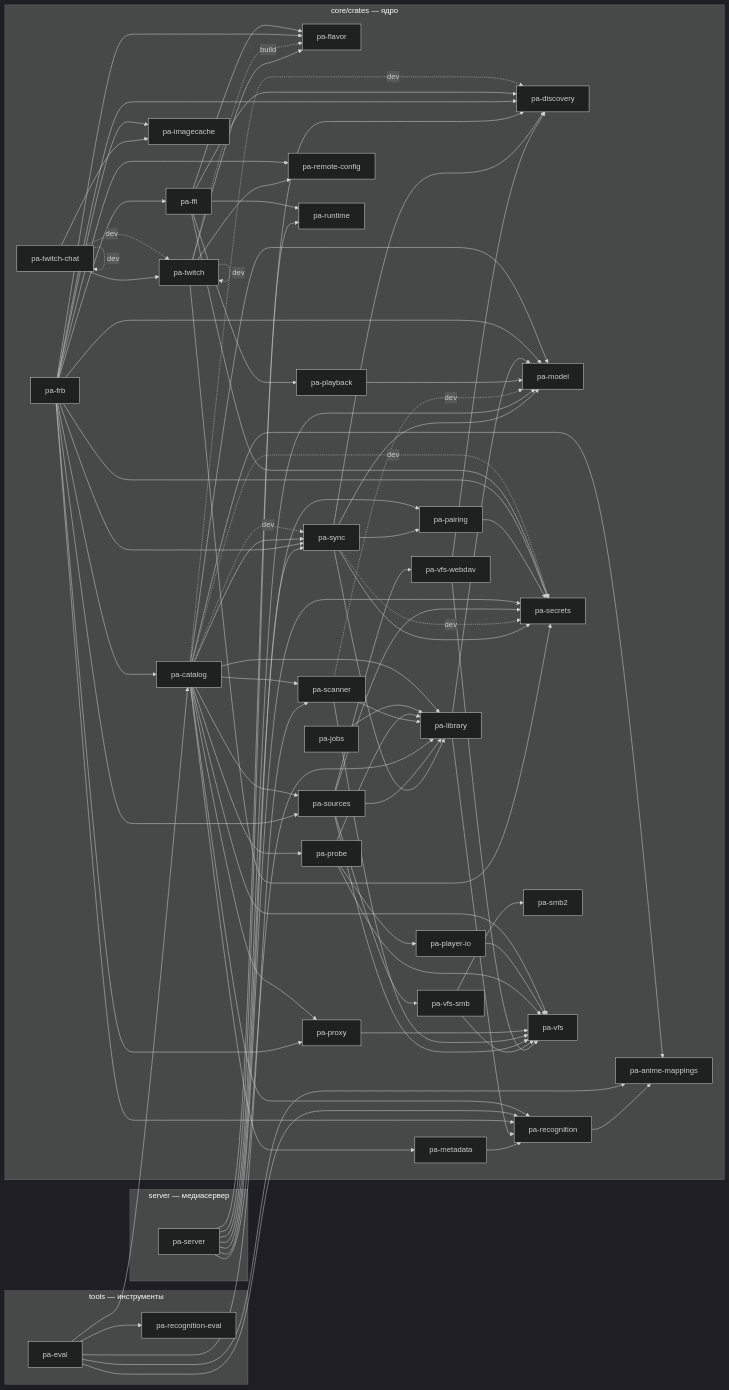
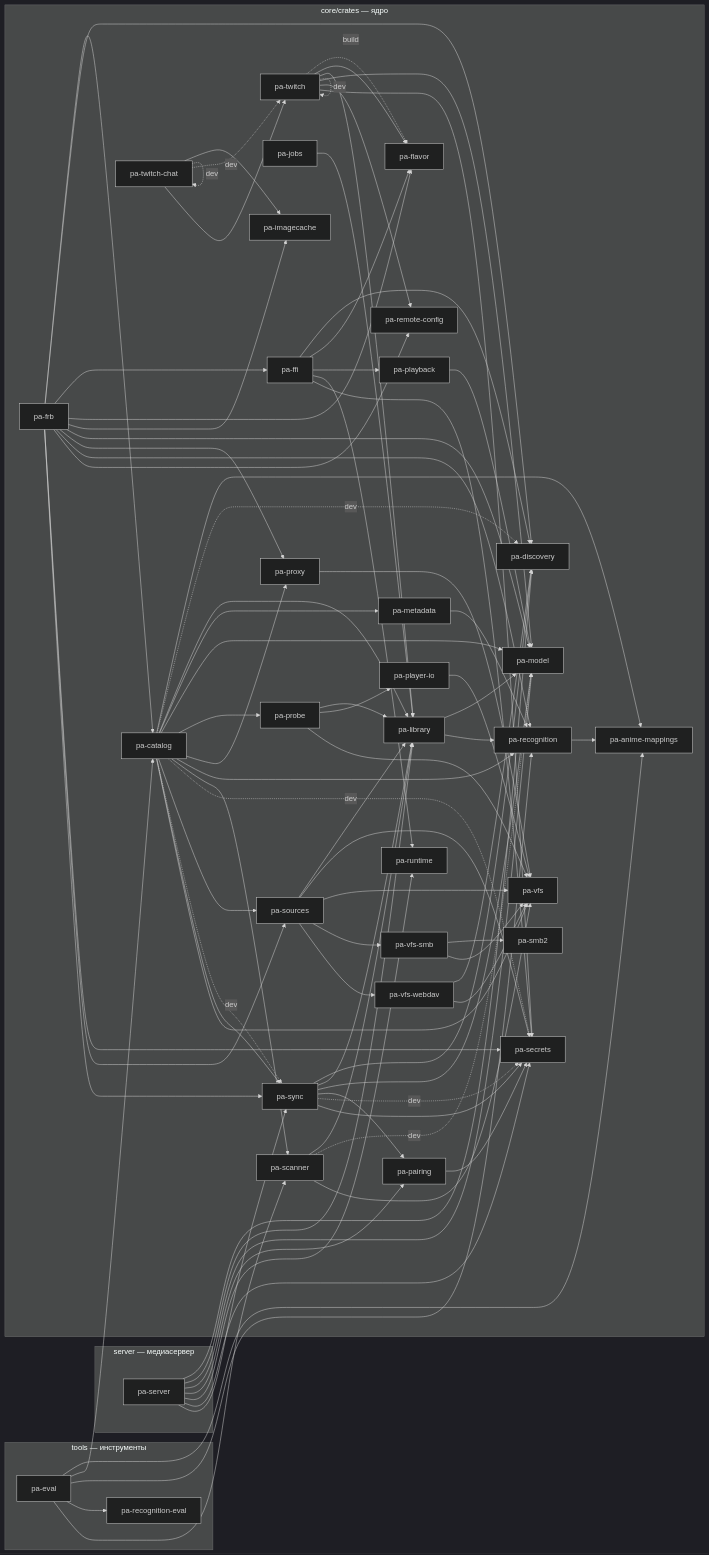
The diagram in docs/dev/crate-graph.md (DenisHumen/kinolune), drawn with Mermaid (dark theme) before and after one commit. The commit also changed other lines of this file and 2 other files, not shown here.

Commit message:
Merge main; assign ADR numbers

```diff
--- a/docs/dev/crate-graph.md
+++ b/docs/dev/crate-graph.md
@@ -120,6 +120,8 @@
   pa_sync --> pa_secrets
   pa_twitch -. build .-> pa_flavor
   pa_twitch --> pa_flavor
+  pa_twitch --> pa_library
+  pa_twitch --> pa_model
   pa_twitch --> pa_remote_config
   pa_twitch --> pa_secrets
   pa_twitch -. dev .-> pa_twitch
```
